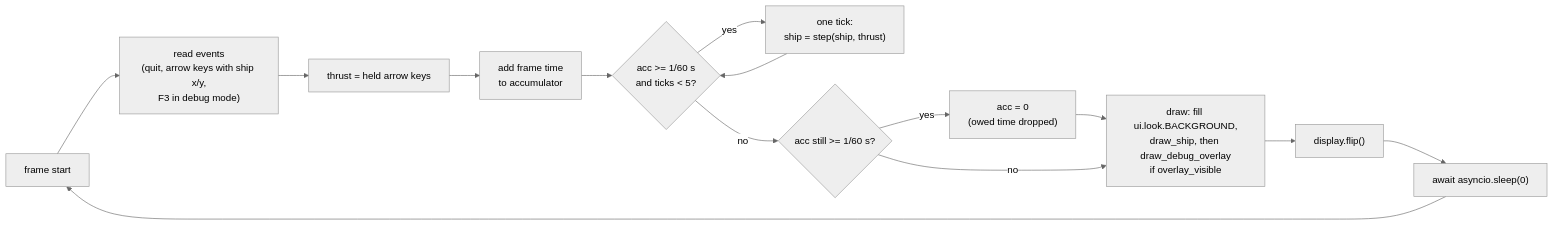
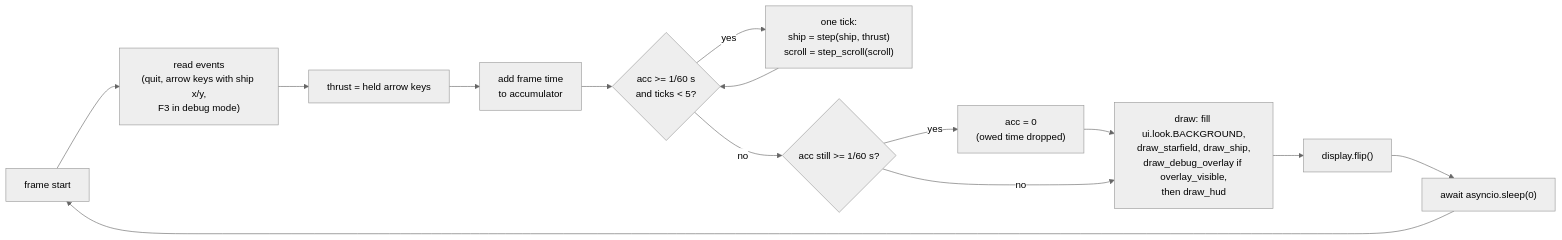
Before and after one commit to david-mntl/driftward-ace: the third of 3 diagrams in docs/contracts/DRA-5/DRA-5-app.md, drawn with Mermaid (neutral theme). The commit also changed other lines of this file and 11 other files, not shown here.

````diff
--- a/docs/contracts/DRA-5/DRA-5-app.md
+++ b/docs/contracts/DRA-5/DRA-5-app.md
@@ -63,14 +70,14 @@
 ```mermaid
 flowchart LR
   F["frame start"] --> EV["read events<br/>(quit, arrow keys with ship x/y,<br/>F3 in debug mode)"]
   EV --> HK["thrust = held arrow keys"]
   HK --> AC["add frame time<br/>to accumulator"]
   AC --> T{"acc >= 1/60 s<br/>and ticks < 5?"}
-  T -- yes --> TK["one tick:<br/>ship = step(ship, thrust)"] --> T
+  T -- yes --> TK["one tick:<br/>ship = step(ship, thrust)<br/>scroll = step_scroll(scroll)"] --> T
   T -- no --> CAP{"acc still >= 1/60 s?"}
   CAP -- yes --> DROP["acc = 0<br/>(owed time dropped)"] --> D
-  CAP -- no --> D["draw: fill ui.look.BACKGROUND,<br/>draw_ship, then draw_debug_overlay<br/>if overlay_visible"]
+  CAP -- no --> D["draw: fill ui.look.BACKGROUND,<br/>draw_starfield, draw_ship,<br/>draw_debug_overlay if overlay_visible,<br/>then draw_hud"]
   D --> FL["display.flip()"]
   FL --> Y["await asyncio.sleep(0)"]
   Y --> F
 ```
````
